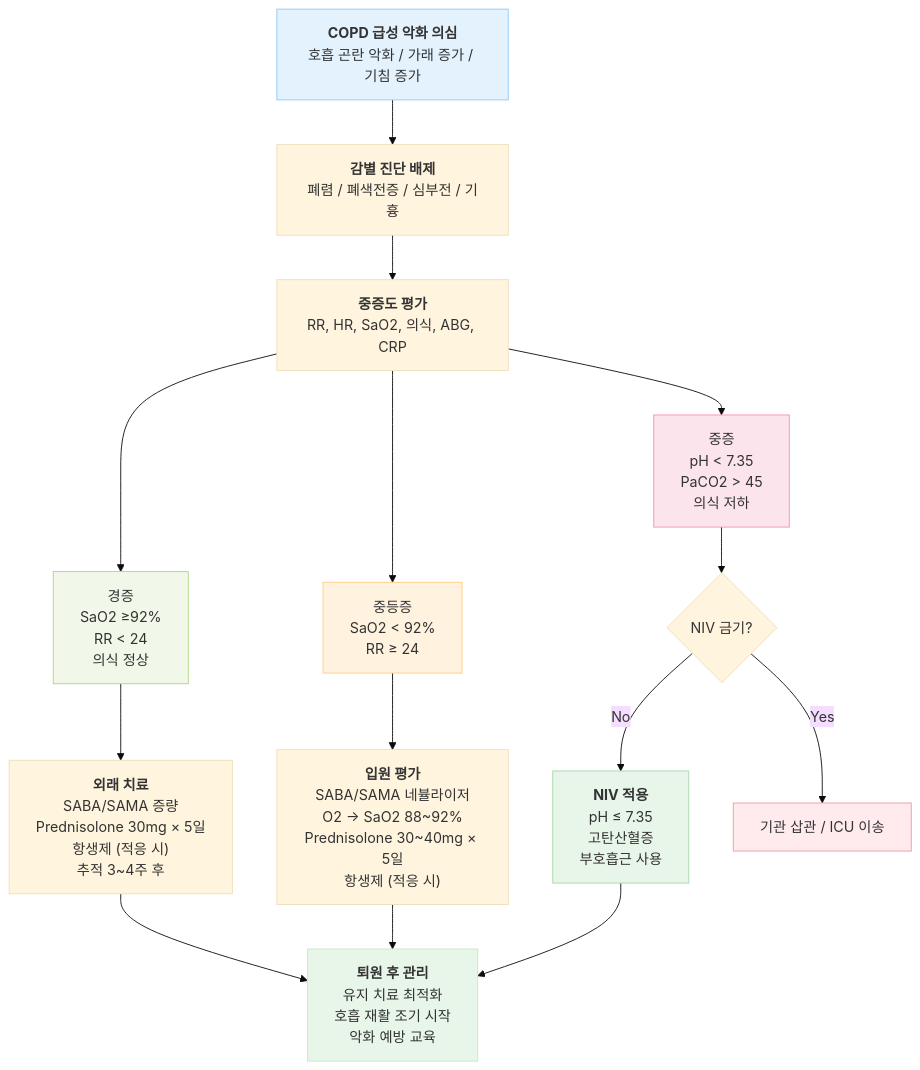
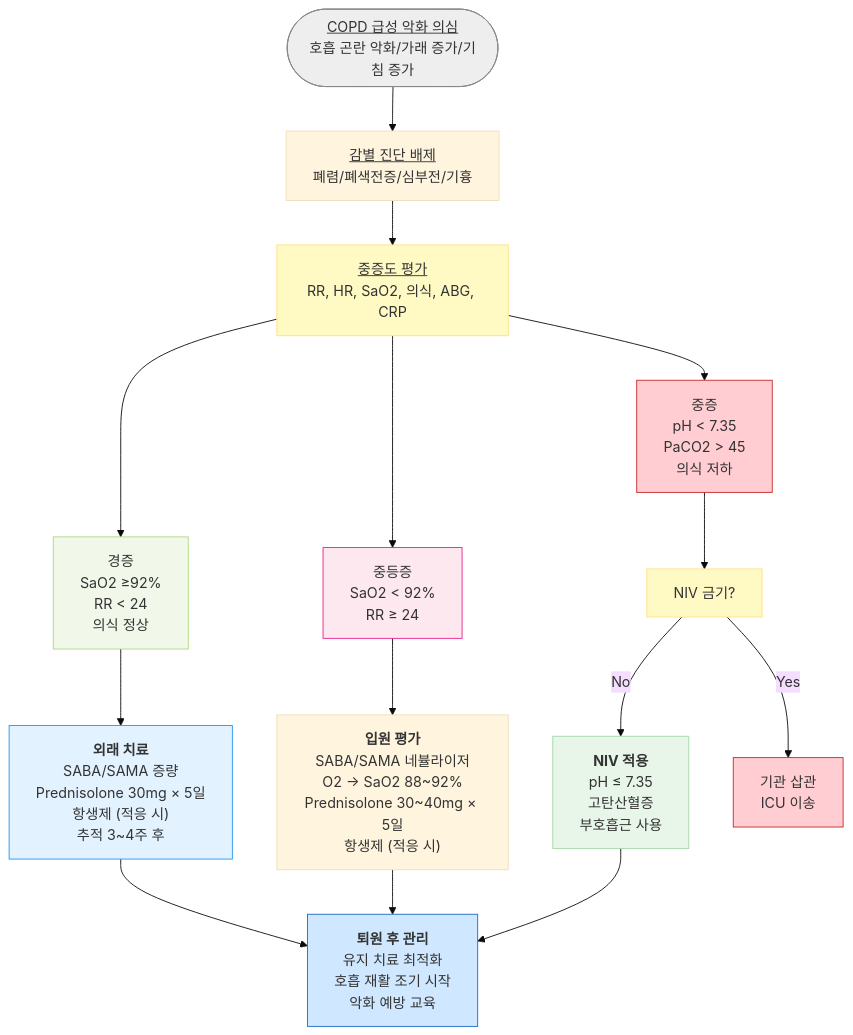
Before and after one commit to familyoh77/familyoh77: the third of 3 diagrams in 223_/072_-copd.md, drawn with Mermaid (base theme). The commit also changed other lines of this file, not shown here.

````diff
--- a/223_/072_-copd.md
+++ b/223_/072_-copd.md
@@ -563,31 +556,34 @@
 ```mermaid
 flowchart TD
-    Start["<b>COPD 급성 악화 의심</b><br/>호흡 곤란 악화 / 가래 증가 / 기침 증가"]
+    Start(["<u>COPD 급성 악화 의심</u><br/>호흡 곤란 악화/가래 증가/기침 증가"])
 
-    Start --> Diff["<b>감별 진단 배제</b><br/>폐렴 / 폐색전증 / 심부전 / 기흉"]
-    Diff --> Severity["<b>중증도 평가</b><br/>RR, HR, SaO2, 의식, ABG, CRP"]
+    Start --> Diff["<u>감별 진단 배제</u><br/>폐렴/폐색전증/심부전/기흉"]
+    Diff --> Severity["<u>중증도 평가</u><br/>RR, HR, SaO2, 의식, ABG, CRP"]
 
     Severity --> Mild["경증<br/>SaO2 ≥92%<br/>RR &lt; 24<br/>의식 정상"]
     Severity --> Moderate["중등증<br/>SaO2 &lt; 92%<br/>RR ≥ 24"]
     Severity --> Severe["중증<br/>pH &lt; 7.35<br/>PaCO2 &gt; 45<br/>의식 저하"]
 
     Mild --> OutTx["<b>외래 치료</b><br/>SABA/SAMA 증량<br/>Prednisolone 30mg × 5일<br/>항생제 (적응 시)<br/>추적 3~4주 후"]
 
     Moderate --> HospTx["<b>입원 평가</b><br/>SABA/SAMA 네뷸라이저<br/>O2 → SaO2 88~92%<br/>Prednisolone 30~40mg × 5일<br/>항생제 (적응 시)"]
 
-    Severe --> NIVcheck{"NIV 금기?"}
+    Severe --> NIVcheck["NIV 금기?"]
     NIVcheck -->|"No"| NIV["<b>NIV 적용</b><br/>pH ≤ 7.35<br/>고탄산혈증<br/>부호흡근 사용"]
-    NIVcheck -->|"Yes"| Intubation["기관 삽관 / ICU 이송"]
+    NIVcheck -->|"Yes"| Intubation["기관 삽관<br/>ICU 이송"]
 
     OutTx --> Followup["<b>퇴원 후 관리</b><br/>유지 치료 최적화<br/>호흡 재활 조기 시작<br/>악화 예방 교육"]
     HospTx --> Followup
     NIV --> Followup
 
-    style Start fill:#e3f2fd,stroke:#90caf9
+    style Start fill:#eeeeee,stroke:#888888
     style Mild fill:#f1f8e9,stroke:#aed581
-    style Moderate fill:#fff3e0,stroke:#ffcc80
-    style Severe fill:#fce4ec,stroke:#f48fb1
+    style Moderate fill:#fde8f0,stroke:#e91e8c
     style NIV fill:#e8f5e9,stroke:#a5d6a7
-    style Intubation fill:#ffebee,stroke:#ef9a9a
-    style Followup fill:#e8f5e9,stroke:#c8e6c9
+classDef yellow fill:#fff9c4,stroke:#ffe082    
+class Severity,NIVcheck yellow
+classDef red fill:#ffcdd2,stroke:#c62828
+class Severe,Intubation red
+    style Followup fill:#d0e8ff,stroke:#1a6abf
+    style OutTx fill:#e3f2ff,stroke:#2196f3
 ```
````
